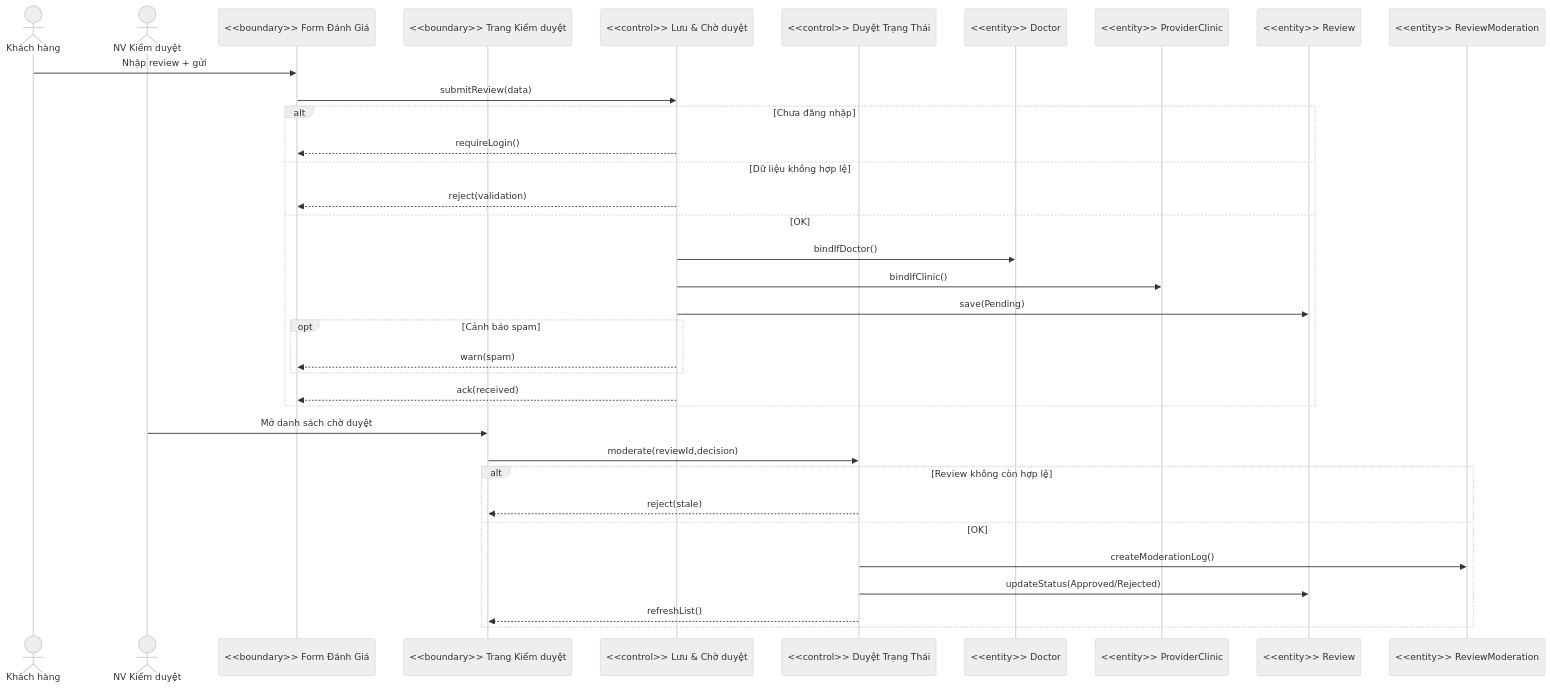
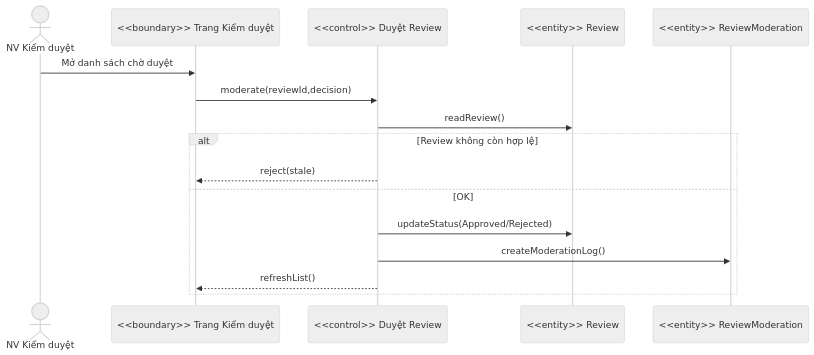
One commit to qhun22/qq changed diagram 12 of 16 in README.md. Above: the diagram before and after it, drawn with Mermaid (neutral theme). The commit also changed other lines of this file, not shown here.

````diff
--- a/README.md
+++ b/README.md
@@ -356,39 +408,19 @@
 ```mermaid
 sequenceDiagram
-  actor CUS as Khách hàng
   actor MOD as NV Kiểm duyệt
-  participant REV_UI as <<boundary>> Form Đánh Giá
   participant MOD_UI as <<boundary>> Trang Kiểm duyệt
-  participant SEND as <<control>> Lưu & Chờ duyệt
-  participant MODC as <<control>> Duyệt Trạng Thái
-  participant DOC as <<entity>> Doctor
-  participant CLINIC as <<entity>> ProviderClinic
+  participant MODC as <<control>> Duyệt Review
   participant REV as <<entity>> Review
   participant LOG as <<entity>> ReviewModeration
 
-  CUS->>REV_UI: Nhập review + gửi
-  REV_UI->>SEND: submitReview(data)
-  alt Chưa đăng nhập
-    SEND-->>REV_UI: requireLogin()
-  else Dữ liệu không hợp lệ
-    SEND-->>REV_UI: reject(validation)
-  else OK
-    SEND->>DOC: bindIfDoctor()
-    SEND->>CLINIC: bindIfClinic()
-    SEND->>REV: save(Pending)
-    opt Cảnh báo spam
-      SEND-->>REV_UI: warn(spam)
-    end
-    SEND-->>REV_UI: ack(received)
-  end
-
   MOD->>MOD_UI: Mở danh sách chờ duyệt
   MOD_UI->>MODC: moderate(reviewId,decision)
+  MODC->>REV: readReview()
   alt Review không còn hợp lệ
     MODC-->>MOD_UI: reject(stale)
   else OK
+    MODC->>REV: updateStatus(Approved/Rejected)
     MODC->>LOG: createModerationLog()
-    MODC->>REV: updateStatus(Approved/Rejected)
     MODC-->>MOD_UI: refreshList()
   end
 ```
````
